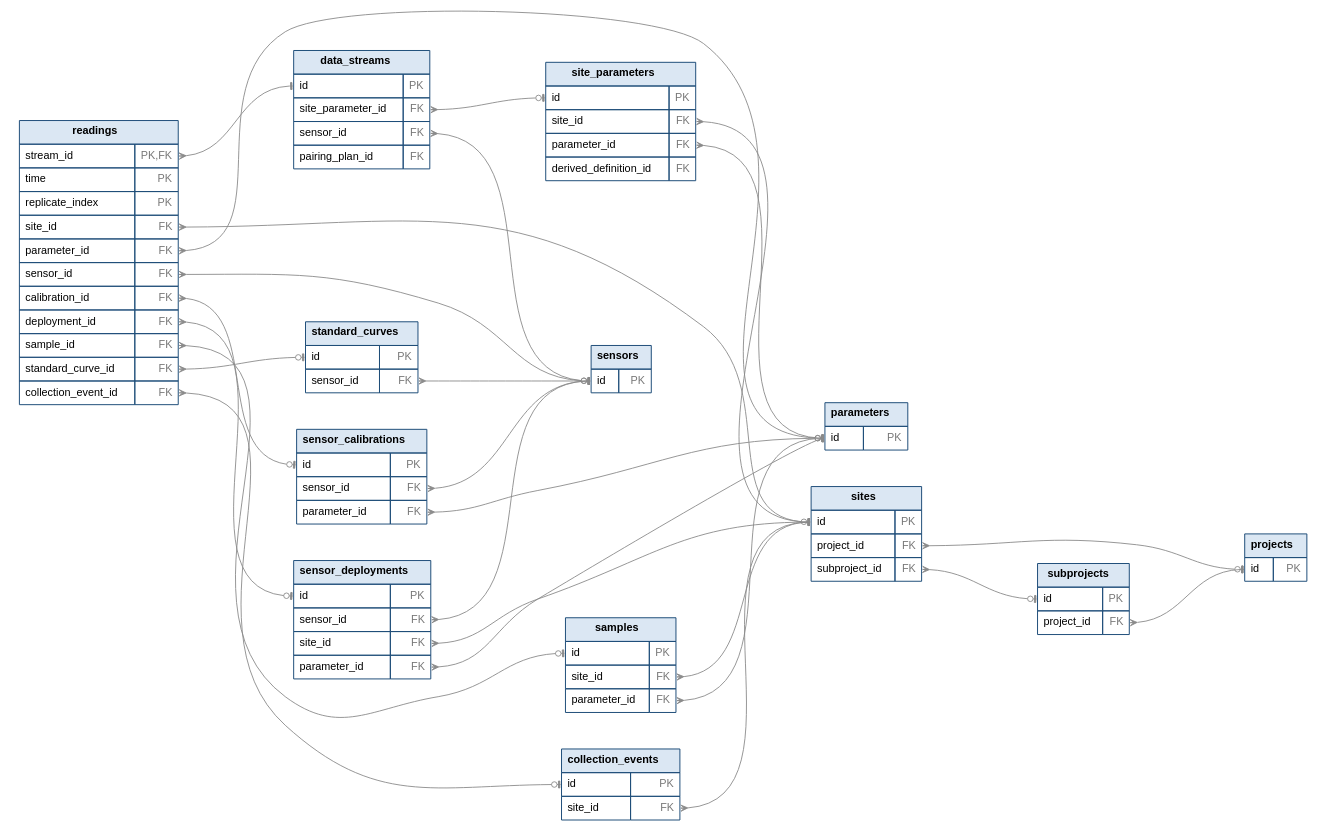
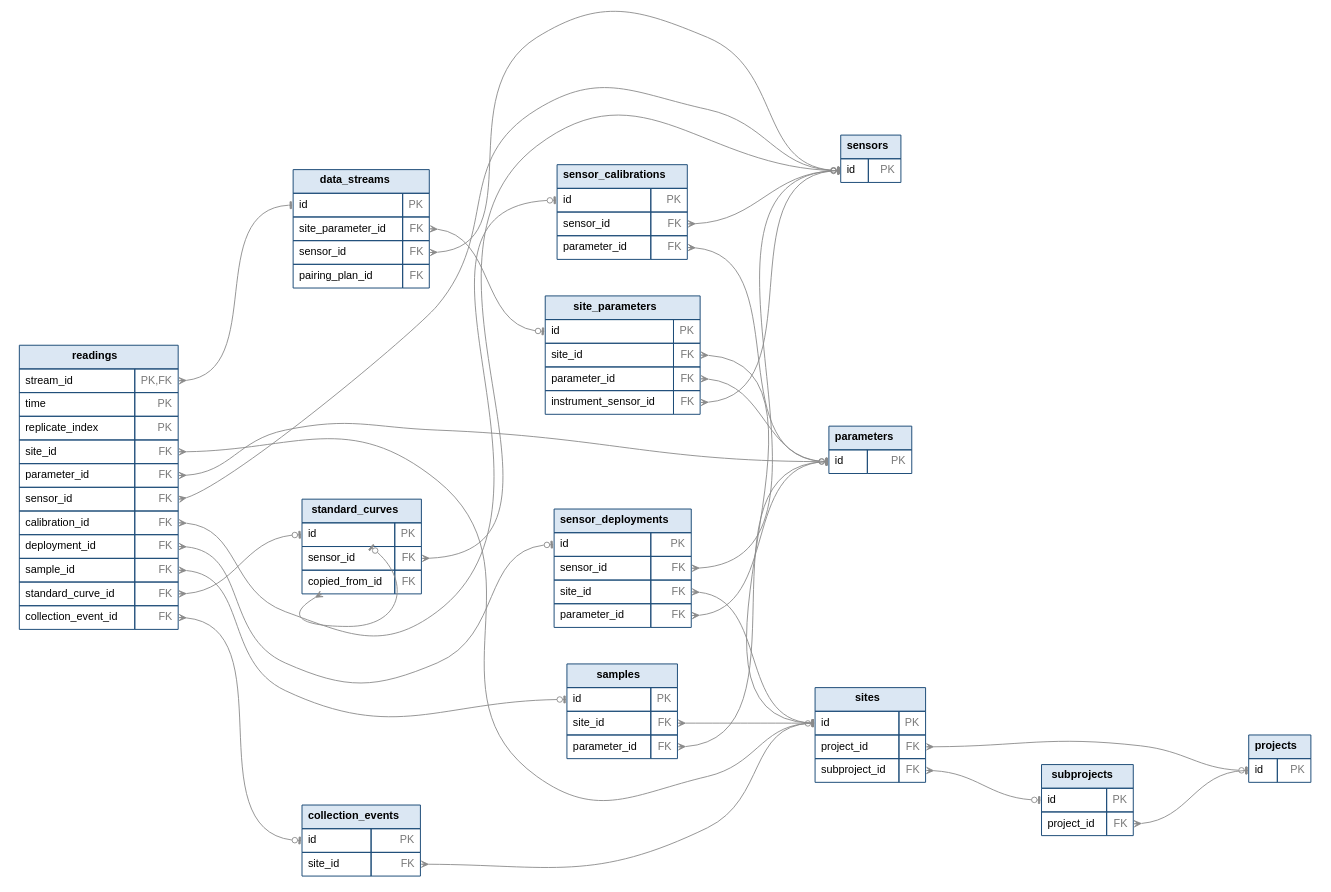
Before and after one commit to RIVER-EPFL/river-data-api: the diagram in docs/schema-core.dot, drawn with Graphviz. The commit also changed 107 other files, not shown here.

Commit message:
Rename derived_parameter_definitions to calculation_formulas, propose source changes for a decision

```diff
--- a/docs/schema-core.dot
+++ b/docs/schema-core.dot
@@ -1,43 +1,45 @@
 digraph schema {
   graph [rankdir=LR, splines=spline, nodesep=0.4, ranksep=1.4, bgcolor="#ffffff", fontname="Helvetica", labelloc=t];
   node [shape=plaintext, fontname="Helvetica", fontsize=11];
   edge [color="#8a8a8a", penwidth=0.9, arrowsize=0.7];
     "projects" [label=<<TABLE BORDER="0" CELLBORDER="1" CELLSPACING="0" CELLPADDING="5" COLOR="#1f4e79"><TR><TD BGCOLOR="#dbe7f3" COLSPAN="2"><B>projects</B></TD></TR><TR><TD PORT="id__l" ALIGN="LEFT">id</TD><TD PORT="id__r" ALIGN="RIGHT"><FONT COLOR="#777777">PK</FONT></TD></TR></TABLE>>];
     "subprojects" [label=<<TABLE BORDER="0" CELLBORDER="1" CELLSPACING="0" CELLPADDING="5" COLOR="#1f4e79"><TR><TD BGCOLOR="#dbe7f3" COLSPAN="2"><B>subprojects</B></TD></TR><TR><TD PORT="id__l" ALIGN="LEFT">id</TD><TD PORT="id__r" ALIGN="RIGHT"><FONT COLOR="#777777">PK</FONT></TD></TR><TR><TD PORT="project_id__l" ALIGN="LEFT">project_id</TD><TD PORT="project_id__r" ALIGN="RIGHT"><FONT COLOR="#777777">FK</FONT></TD></TR></TABLE>>];
     "sites" [label=<<TABLE BORDER="0" CELLBORDER="1" CELLSPACING="0" CELLPADDING="5" COLOR="#1f4e79"><TR><TD BGCOLOR="#dbe7f3" COLSPAN="2"><B>sites</B></TD></TR><TR><TD PORT="id__l" ALIGN="LEFT">id</TD><TD PORT="id__r" ALIGN="RIGHT"><FONT COLOR="#777777">PK</FONT></TD></TR><TR><TD PORT="project_id__l" ALIGN="LEFT">project_id</TD><TD PORT="project_id__r" ALIGN="RIGHT"><FONT COLOR="#777777">FK</FONT></TD></TR><TR><TD PORT="subproject_id__l" ALIGN="LEFT">subproject_id</TD><TD PORT="subproject_id__r" ALIGN="RIGHT"><FONT COLOR="#777777">FK</FONT></TD></TR></TABLE>>];
-    "site_parameters" [label=<<TABLE BORDER="0" CELLBORDER="1" CELLSPACING="0" CELLPADDING="5" COLOR="#1f4e79"><TR><TD BGCOLOR="#dbe7f3" COLSPAN="2"><B>site_parameters</B></TD></TR><TR><TD PORT="id__l" ALIGN="LEFT">id</TD><TD PORT="id__r" ALIGN="RIGHT"><FONT COLOR="#777777">PK</FONT></TD></TR><TR><TD PORT="site_id__l" ALIGN="LEFT">site_id</TD><TD PORT="site_id__r" ALIGN="RIGHT"><FONT COLOR="#777777">FK</FONT></TD></TR><TR><TD PORT="parameter_id__l" ALIGN="LEFT">parameter_id</TD><TD PORT="parameter_id__r" ALIGN="RIGHT"><FONT COLOR="#777777">FK</FONT></TD></TR><TR><TD PORT="derived_definition_id__l" ALIGN="LEFT">derived_definition_id</TD><TD PORT="derived_definition_id__r" ALIGN="RIGHT"><FONT COLOR="#777777">FK</FONT></TD></TR></TABLE>>];
+    "site_parameters" [label=<<TABLE BORDER="0" CELLBORDER="1" CELLSPACING="0" CELLPADDING="5" COLOR="#1f4e79"><TR><TD BGCOLOR="#dbe7f3" COLSPAN="2"><B>site_parameters</B></TD></TR><TR><TD PORT="id__l" ALIGN="LEFT">id</TD><TD PORT="id__r" ALIGN="RIGHT"><FONT COLOR="#777777">PK</FONT></TD></TR><TR><TD PORT="site_id__l" ALIGN="LEFT">site_id</TD><TD PORT="site_id__r" ALIGN="RIGHT"><FONT COLOR="#777777">FK</FONT></TD></TR><TR><TD PORT="parameter_id__l" ALIGN="LEFT">parameter_id</TD><TD PORT="parameter_id__r" ALIGN="RIGHT"><FONT COLOR="#777777">FK</FONT></TD></TR><TR><TD PORT="instrument_sensor_id__l" ALIGN="LEFT">instrument_sensor_id</TD><TD PORT="instrument_sensor_id__r" ALIGN="RIGHT"><FONT COLOR="#777777">FK</FONT></TD></TR></TABLE>>];
     "parameters" [label=<<TABLE BORDER="0" CELLBORDER="1" CELLSPACING="0" CELLPADDING="5" COLOR="#1f4e79"><TR><TD BGCOLOR="#dbe7f3" COLSPAN="2"><B>parameters</B></TD></TR><TR><TD PORT="id__l" ALIGN="LEFT">id</TD><TD PORT="id__r" ALIGN="RIGHT"><FONT COLOR="#777777">PK</FONT></TD></TR></TABLE>>];
     "data_streams" [label=<<TABLE BORDER="0" CELLBORDER="1" CELLSPACING="0" CELLPADDING="5" COLOR="#1f4e79"><TR><TD BGCOLOR="#dbe7f3" COLSPAN="2"><B>data_streams</B></TD></TR><TR><TD PORT="id__l" ALIGN="LEFT">id</TD><TD PORT="id__r" ALIGN="RIGHT"><FONT COLOR="#777777">PK</FONT></TD></TR><TR><TD PORT="site_parameter_id__l" ALIGN="LEFT">site_parameter_id</TD><TD PORT="site_parameter_id__r" ALIGN="RIGHT"><FONT COLOR="#777777">FK</FONT></TD></TR><TR><TD PORT="sensor_id__l" ALIGN="LEFT">sensor_id</TD><TD PORT="sensor_id__r" ALIGN="RIGHT"><FONT COLOR="#777777">FK</FONT></TD></TR><TR><TD PORT="pairing_plan_id__l" ALIGN="LEFT">pairing_plan_id</TD><TD PORT="pairing_plan_id__r" ALIGN="RIGHT"><FONT COLOR="#777777">FK</FONT></TD></TR></TABLE>>];
     "readings" [label=<<TABLE BORDER="0" CELLBORDER="1" CELLSPACING="0" CELLPADDING="5" COLOR="#1f4e79"><TR><TD BGCOLOR="#dbe7f3" COLSPAN="2"><B>readings</B></TD></TR><TR><TD PORT="stream_id__l" ALIGN="LEFT">stream_id</TD><TD PORT="stream_id__r" ALIGN="RIGHT"><FONT COLOR="#777777">PK,FK</FONT></TD></TR><TR><TD PORT="time__l" ALIGN="LEFT">time</TD><TD PORT="time__r" ALIGN="RIGHT"><FONT COLOR="#777777">PK</FONT></TD></TR><TR><TD PORT="replicate_index__l" ALIGN="LEFT">replicate_index</TD><TD PORT="replicate_index__r" ALIGN="RIGHT"><FONT COLOR="#777777">PK</FONT></TD></TR><TR><TD PORT="site_id__l" ALIGN="LEFT">site_id</TD><TD PORT="site_id__r" ALIGN="RIGHT"><FONT COLOR="#777777">FK</FONT></TD></TR><TR><TD PORT="parameter_id__l" ALIGN="LEFT">parameter_id</TD><TD PORT="parameter_id__r" ALIGN="RIGHT"><FONT COLOR="#777777">FK</FONT></TD></TR><TR><TD PORT="sensor_id__l" ALIGN="LEFT">sensor_id</TD><TD PORT="sensor_id__r" ALIGN="RIGHT"><FONT COLOR="#777777">FK</FONT></TD></TR><TR><TD PORT="calibration_id__l" ALIGN="LEFT">calibration_id</TD><TD PORT="calibration_id__r" ALIGN="RIGHT"><FONT COLOR="#777777">FK</FONT></TD></TR><TR><TD PORT="deployment_id__l" ALIGN="LEFT">deployment_id</TD><TD PORT="deployment_id__r" ALIGN="RIGHT"><FONT COLOR="#777777">FK</FONT></TD></TR><TR><TD PORT="sample_id__l" ALIGN="LEFT">sample_id</TD><TD PORT="sample_id__r" ALIGN="RIGHT"><FONT COLOR="#777777">FK</FONT></TD></TR><TR><TD PORT="standard_curve_id__l" ALIGN="LEFT">standard_curve_id</TD><TD PORT="standard_curve_id__r" ALIGN="RIGHT"><FONT COLOR="#777777">FK</FONT></TD></TR><TR><TD PORT="collection_event_id__l" ALIGN="LEFT">collection_event_id</TD><TD PORT="collection_event_id__r" ALIGN="RIGHT"><FONT COLOR="#777777">FK</FONT></TD></TR></TABLE>>];
     "samples" [label=<<TABLE BORDER="0" CELLBORDER="1" CELLSPACING="0" CELLPADDING="5" COLOR="#1f4e79"><TR><TD BGCOLOR="#dbe7f3" COLSPAN="2"><B>samples</B></TD></TR><TR><TD PORT="id__l" ALIGN="LEFT">id</TD><TD PORT="id__r" ALIGN="RIGHT"><FONT COLOR="#777777">PK</FONT></TD></TR><TR><TD PORT="site_id__l" ALIGN="LEFT">site_id</TD><TD PORT="site_id__r" ALIGN="RIGHT"><FONT COLOR="#777777">FK</FONT></TD></TR><TR><TD PORT="parameter_id__l" ALIGN="LEFT">parameter_id</TD><TD PORT="parameter_id__r" ALIGN="RIGHT"><FONT COLOR="#777777">FK</FONT></TD></TR></TABLE>>];
     "collection_events" [label=<<TABLE BORDER="0" CELLBORDER="1" CELLSPACING="0" CELLPADDING="5" COLOR="#1f4e79"><TR><TD BGCOLOR="#dbe7f3" COLSPAN="2"><B>collection_events</B></TD></TR><TR><TD PORT="id__l" ALIGN="LEFT">id</TD><TD PORT="id__r" ALIGN="RIGHT"><FONT COLOR="#777777">PK</FONT></TD></TR><TR><TD PORT="site_id__l" ALIGN="LEFT">site_id</TD><TD PORT="site_id__r" ALIGN="RIGHT"><FONT COLOR="#777777">FK</FONT></TD></TR></TABLE>>];
     "sensors" [label=<<TABLE BORDER="0" CELLBORDER="1" CELLSPACING="0" CELLPADDING="5" COLOR="#1f4e79"><TR><TD BGCOLOR="#dbe7f3" COLSPAN="2"><B>sensors</B></TD></TR><TR><TD PORT="id__l" ALIGN="LEFT">id</TD><TD PORT="id__r" ALIGN="RIGHT"><FONT COLOR="#777777">PK</FONT></TD></TR></TABLE>>];
     "sensor_deployments" [label=<<TABLE BORDER="0" CELLBORDER="1" CELLSPACING="0" CELLPADDING="5" COLOR="#1f4e79"><TR><TD BGCOLOR="#dbe7f3" COLSPAN="2"><B>sensor_deployments</B></TD></TR><TR><TD PORT="id__l" ALIGN="LEFT">id</TD><TD PORT="id__r" ALIGN="RIGHT"><FONT COLOR="#777777">PK</FONT></TD></TR><TR><TD PORT="sensor_id__l" ALIGN="LEFT">sensor_id</TD><TD PORT="sensor_id__r" ALIGN="RIGHT"><FONT COLOR="#777777">FK</FONT></TD></TR><TR><TD PORT="site_id__l" ALIGN="LEFT">site_id</TD><TD PORT="site_id__r" ALIGN="RIGHT"><FONT COLOR="#777777">FK</FONT></TD></TR><TR><TD PORT="parameter_id__l" ALIGN="LEFT">parameter_id</TD><TD PORT="parameter_id__r" ALIGN="RIGHT"><FONT COLOR="#777777">FK</FONT></TD></TR></TABLE>>];
     "sensor_calibrations" [label=<<TABLE BORDER="0" CELLBORDER="1" CELLSPACING="0" CELLPADDING="5" COLOR="#1f4e79"><TR><TD BGCOLOR="#dbe7f3" COLSPAN="2"><B>sensor_calibrations</B></TD></TR><TR><TD PORT="id__l" ALIGN="LEFT">id</TD><TD PORT="id__r" ALIGN="RIGHT"><FONT COLOR="#777777">PK</FONT></TD></TR><TR><TD PORT="sensor_id__l" ALIGN="LEFT">sensor_id</TD><TD PORT="sensor_id__r" ALIGN="RIGHT"><FONT COLOR="#777777">FK</FONT></TD></TR><TR><TD PORT="parameter_id__l" ALIGN="LEFT">parameter_id</TD><TD PORT="parameter_id__r" ALIGN="RIGHT"><FONT COLOR="#777777">FK</FONT></TD></TR></TABLE>>];
-    "standard_curves" [label=<<TABLE BORDER="0" CELLBORDER="1" CELLSPACING="0" CELLPADDING="5" COLOR="#1f4e79"><TR><TD BGCOLOR="#dbe7f3" COLSPAN="2"><B>standard_curves</B></TD></TR><TR><TD PORT="id__l" ALIGN="LEFT">id</TD><TD PORT="id__r" ALIGN="RIGHT"><FONT COLOR="#777777">PK</FONT></TD></TR><TR><TD PORT="sensor_id__l" ALIGN="LEFT">sensor_id</TD><TD PORT="sensor_id__r" ALIGN="RIGHT"><FONT COLOR="#777777">FK</FONT></TD></TR></TABLE>>];
+    "standard_curves" [label=<<TABLE BORDER="0" CELLBORDER="1" CELLSPACING="0" CELLPADDING="5" COLOR="#1f4e79"><TR><TD BGCOLOR="#dbe7f3" COLSPAN="2"><B>standard_curves</B></TD></TR><TR><TD PORT="id__l" ALIGN="LEFT">id</TD><TD PORT="id__r" ALIGN="RIGHT"><FONT COLOR="#777777">PK</FONT></TD></TR><TR><TD PORT="sensor_id__l" ALIGN="LEFT">sensor_id</TD><TD PORT="sensor_id__r" ALIGN="RIGHT"><FONT COLOR="#777777">FK</FONT></TD></TR><TR><TD PORT="copied_from_id__l" ALIGN="LEFT">copied_from_id</TD><TD PORT="copied_from_id__r" ALIGN="RIGHT"><FONT COLOR="#777777">FK</FONT></TD></TR></TABLE>>];
   "collection_events":"site_id__r":e -> "sites":"id__l":w [dir=both, arrowtail=crow, arrowhead=tee];
   "data_streams":"sensor_id__r":e -> "sensors":"id__l":w [dir=both, arrowtail=crow, arrowhead=teeodot];
   "data_streams":"site_parameter_id__r":e -> "site_parameters":"id__l":w [dir=both, arrowtail=crow, arrowhead=teeodot];
   "readings":"calibration_id__r":e -> "sensor_calibrations":"id__l":w [dir=both, arrowtail=crow, arrowhead=teeodot];
   "readings":"collection_event_id__r":e -> "collection_events":"id__l":w [dir=both, arrowtail=crow, arrowhead=teeodot];
   "readings":"deployment_id__r":e -> "sensor_deployments":"id__l":w [dir=both, arrowtail=crow, arrowhead=teeodot];
   "readings":"parameter_id__r":e -> "parameters":"id__l":w [dir=both, arrowtail=crow, arrowhead=teeodot];
   "readings":"sample_id__r":e -> "samples":"id__l":w [dir=both, arrowtail=crow, arrowhead=teeodot];
   "readings":"sensor_id__r":e -> "sensors":"id__l":w [dir=both, arrowtail=crow, arrowhead=teeodot];
   "readings":"site_id__r":e -> "sites":"id__l":w [dir=both, arrowtail=crow, arrowhead=teeodot];
   "readings":"standard_curve_id__r":e -> "standard_curves":"id__l":w [dir=both, arrowtail=crow, arrowhead=teeodot];
   "readings":"stream_id__r":e -> "data_streams":"id__l":w [dir=both, arrowtail=crow, arrowhead=tee];
   "samples":"parameter_id__r":e -> "parameters":"id__l":w [dir=both, arrowtail=crow, arrowhead=tee];
   "samples":"site_id__r":e -> "sites":"id__l":w [dir=both, arrowtail=crow, arrowhead=tee];
   "sensor_calibrations":"parameter_id__r":e -> "parameters":"id__l":w [dir=both, arrowtail=crow, arrowhead=teeodot];
   "sensor_calibrations":"sensor_id__r":e -> "sensors":"id__l":w [dir=both, arrowtail=crow, arrowhead=tee];
   "sensor_deployments":"parameter_id__r":e -> "parameters":"id__l":w [dir=both, arrowtail=crow, arrowhead=tee];
   "sensor_deployments":"sensor_id__r":e -> "sensors":"id__l":w [dir=both, arrowtail=crow, arrowhead=tee];
   "sensor_deployments":"site_id__r":e -> "sites":"id__l":w [dir=both, arrowtail=crow, arrowhead=tee];
+  "site_parameters":"instrument_sensor_id__r":e -> "sensors":"id__l":w [dir=both, arrowtail=crow, arrowhead=teeodot];
   "site_parameters":"parameter_id__r":e -> "parameters":"id__l":w [dir=both, arrowtail=crow, arrowhead=tee];
   "site_parameters":"site_id__r":e -> "sites":"id__l":w [dir=both, arrowtail=crow, arrowhead=tee];
   "sites":"project_id__r":e -> "projects":"id__l":w [dir=both, arrowtail=crow, arrowhead=teeodot];
   "sites":"subproject_id__r":e -> "subprojects":"id__l":w [dir=both, arrowtail=crow, arrowhead=teeodot];
+  "standard_curves":"copied_from_id__l" -> "standard_curves":"id__l" [dir=both, arrowtail=crow, arrowhead=teeodot];
   "standard_curves":"sensor_id__r":e -> "sensors":"id__l":w [dir=both, arrowtail=crow, arrowhead=tee];
   "subprojects":"project_id__r":e -> "projects":"id__l":w [dir=both, arrowtail=crow, arrowhead=tee];
 }
```
